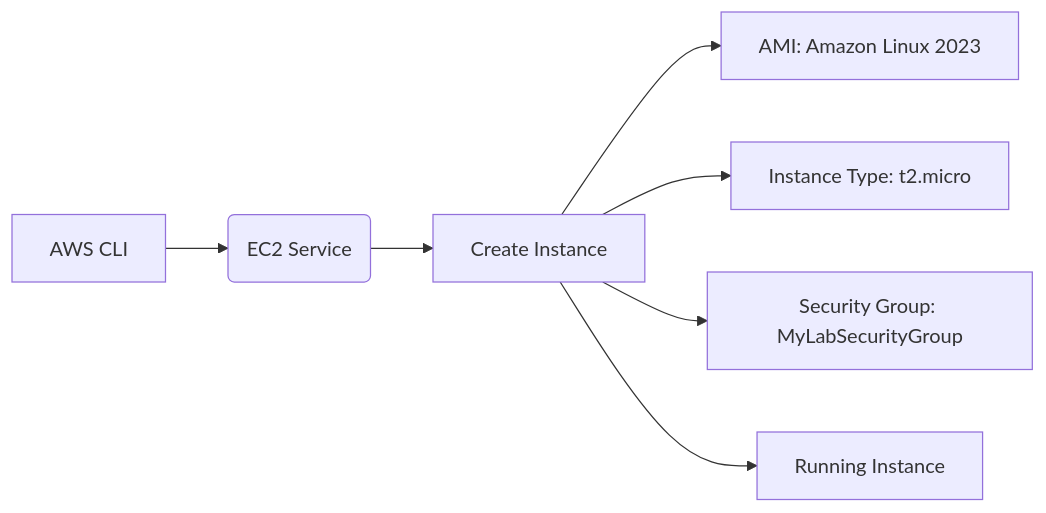
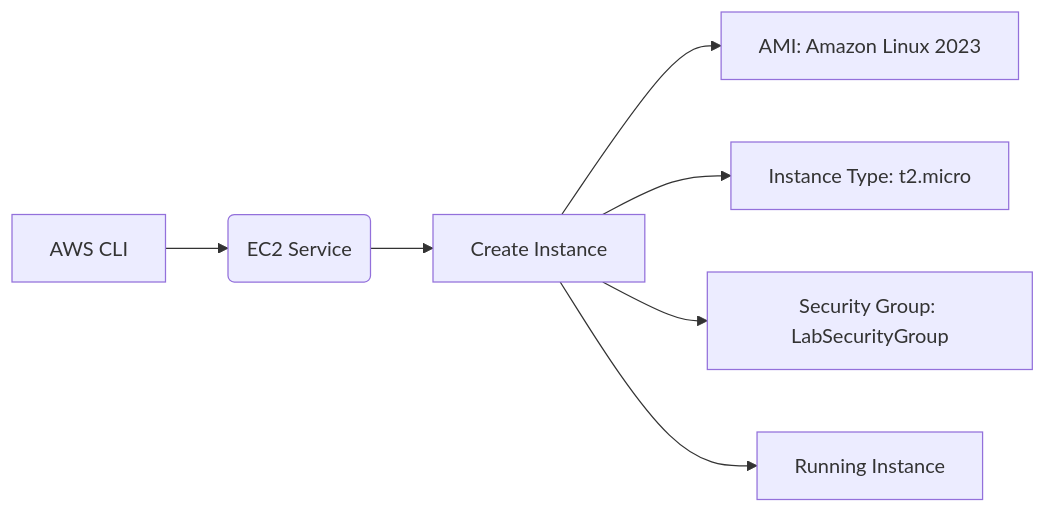
The third of 5 diagrams in aws-cli-lab.md (danielcregg/ats-labs), drawn with Mermaid before and after one commit. The commit also changed other lines of this file, not shown here.

````diff
--- a/aws-cli-lab.md
+++ b/aws-cli-lab.md
@@ -240,9 +236,9 @@
 ```mermaid
 graph LR
     A[AWS CLI] --> B(EC2 Service)
     B --> C[Create Instance]
     C --> D[AMI: Amazon Linux 2023]
     C --> E[Instance Type: t2.micro]
-    C --> F[Security Group: MyLabSecurityGroup]
+    C --> F[Security Group: LabSecurityGroup]
     C --> G[Running Instance]
 ```
````
